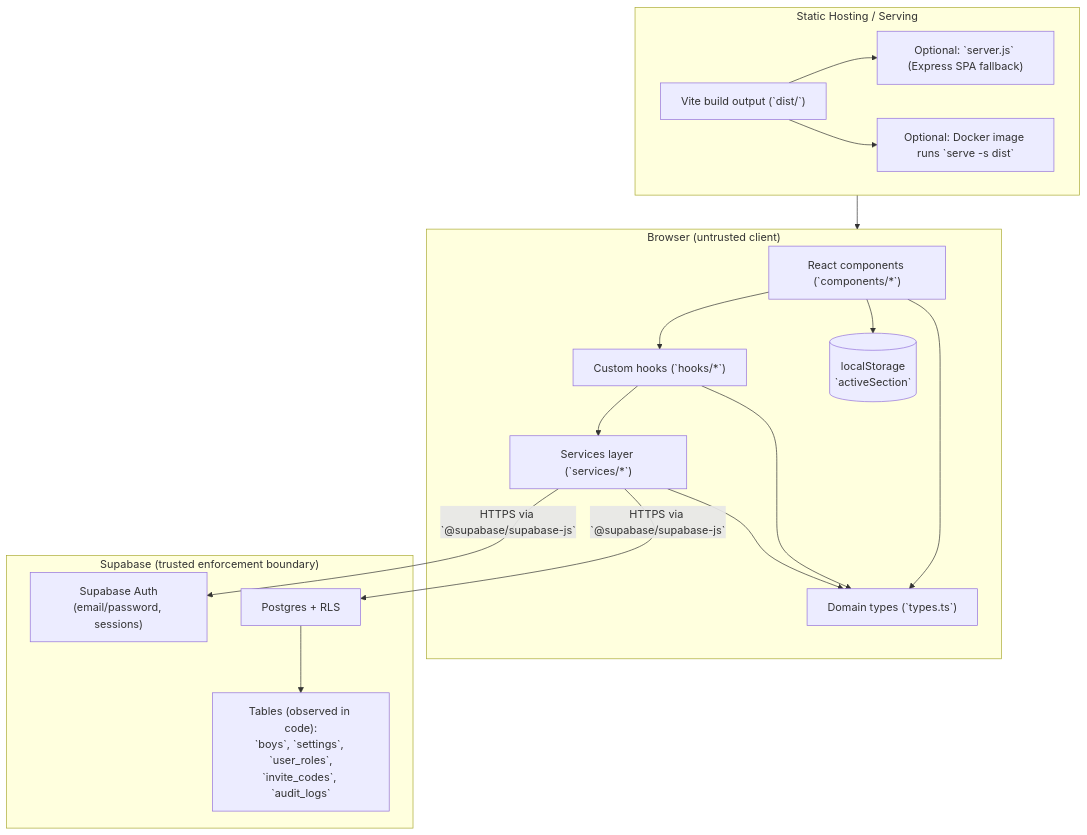
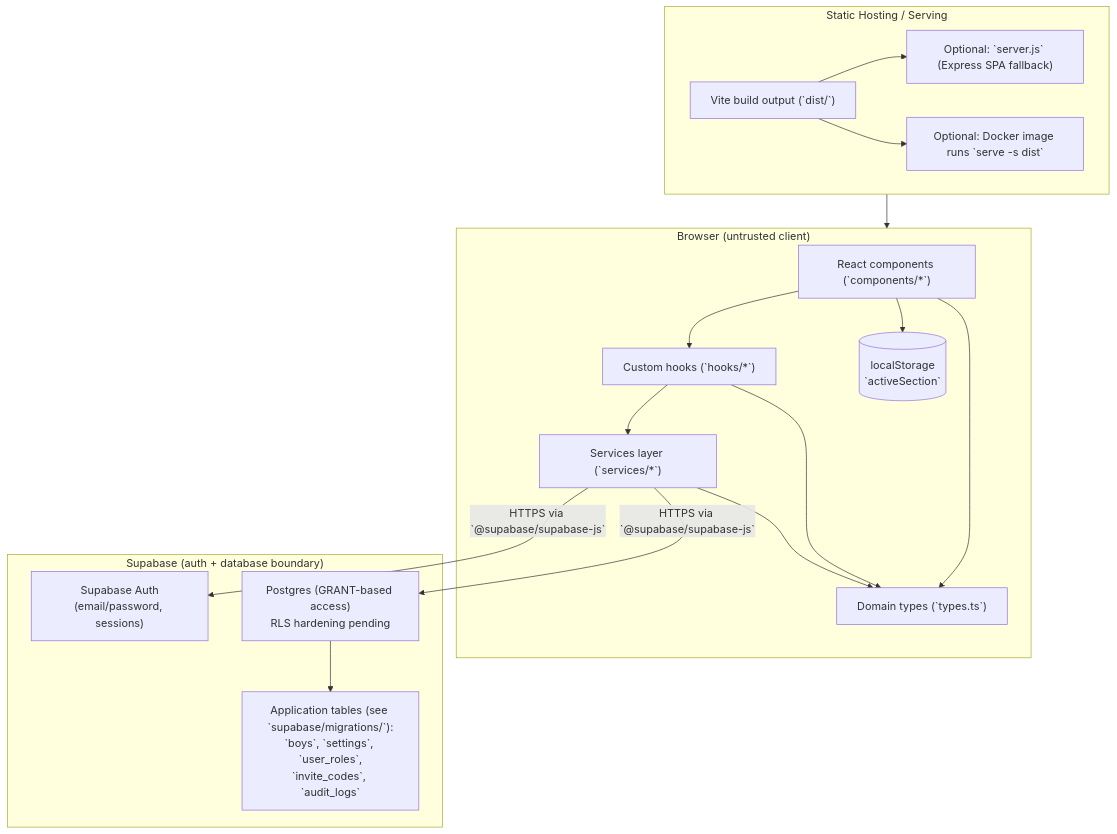
One commit to harrisonk0/BB-Manager changed the diagram in ARCHITECTURE.md. Above: the diagram before and after it, drawn with Mermaid. The commit also changed other lines of this file and 8 other files, not shown here.

Commit message:
docs: document Supabase adoption and database reality

````diff
--- a/ARCHITECTURE.md
+++ b/ARCHITECTURE.md
@@ -48,34 +49,34 @@
 ```mermaid
 flowchart TB
   subgraph Hosting["Static Hosting / Serving"]
     Dist["Vite build output (`dist/`)"]
     Express["Optional: `server.js` (Express SPA fallback)"]
     Serve["Optional: Docker image runs `serve -s dist`"]
     Dist --> Express
     Dist --> Serve
   end
 
   subgraph Browser["Browser (untrusted client)"]
     UI["React components (`components/*`)"]
     Hooks["Custom hooks (`hooks/*`)"]
     Services["Services layer (`services/*`)"]
     Types["Domain types (`types.ts`)"]
     LS[("localStorage\n`activeSection`")]
     UI --> Hooks --> Services
     UI --> LS
     UI --> Types
     Hooks --> Types
     Services --> Types
   end
 
-  subgraph Supabase["Supabase (trusted enforcement boundary)"]
+  subgraph Supabase["Supabase (auth + database boundary)"]
     Auth["Supabase Auth\n(email/password, sessions)"]
-    DB["Postgres + RLS"]
-    Tables["Tables (observed in code):\n`boys`, `settings`, `user_roles`,\n`invite_codes`, `audit_logs`"]
+    DB["Postgres (GRANT-based access)\nRLS hardening pending"]
+    Tables["Application tables (see `supabase/migrations/`):\n`boys`, `settings`, `user_roles`,\n`invite_codes`, `audit_logs`"]
     DB --> Tables
   end
 
   Hosting --> Browser
   Services -->|HTTPS via `@supabase/supabase-js`| Auth
   Services -->|HTTPS via `@supabase/supabase-js`| DB
 ```
````
